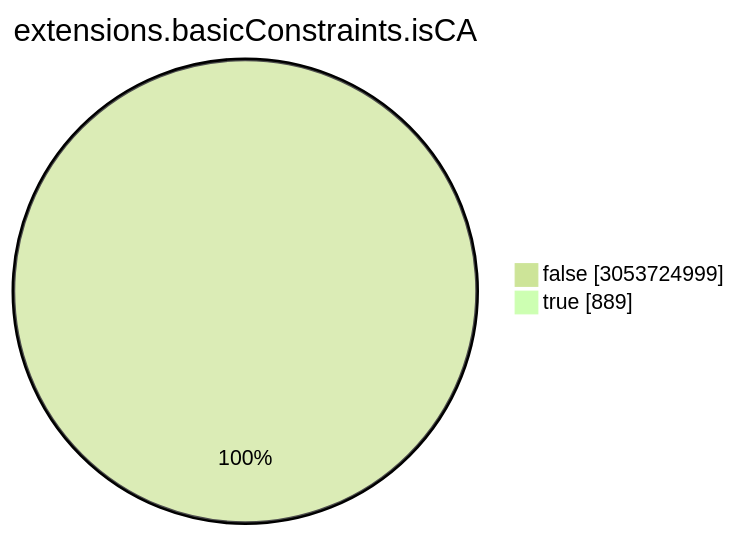
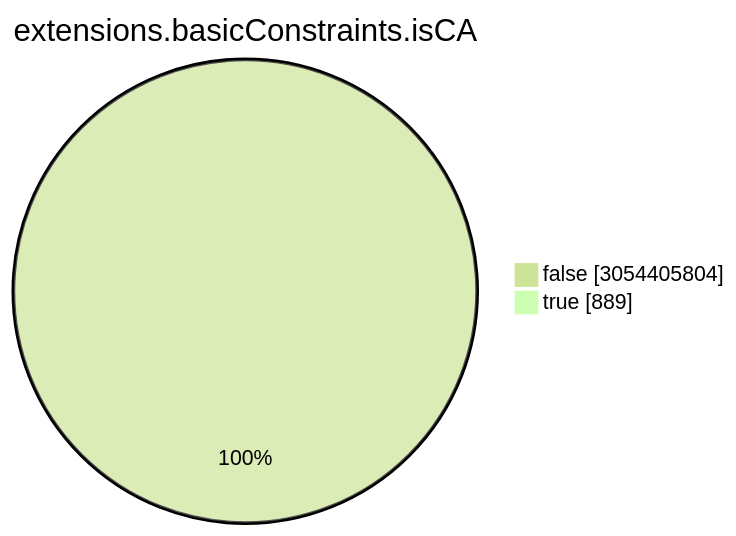
Before and after one commit to christiankrug/ctmonitor_visualization: the seventh of 15 diagrams in TOTAL/README.md, drawn with Mermaid (forest theme). The commit also changed other lines of this file, not shown here.

````diff
--- a/TOTAL/README.md
+++ b/TOTAL/README.md
@@ -3086,6 +3086,6 @@
 ```mermaid
 pie showData
 title extensions.basicConstraints.isCA
-"false" :3053724999
+"false" :3054405804
 "true" :889
 ```
````
